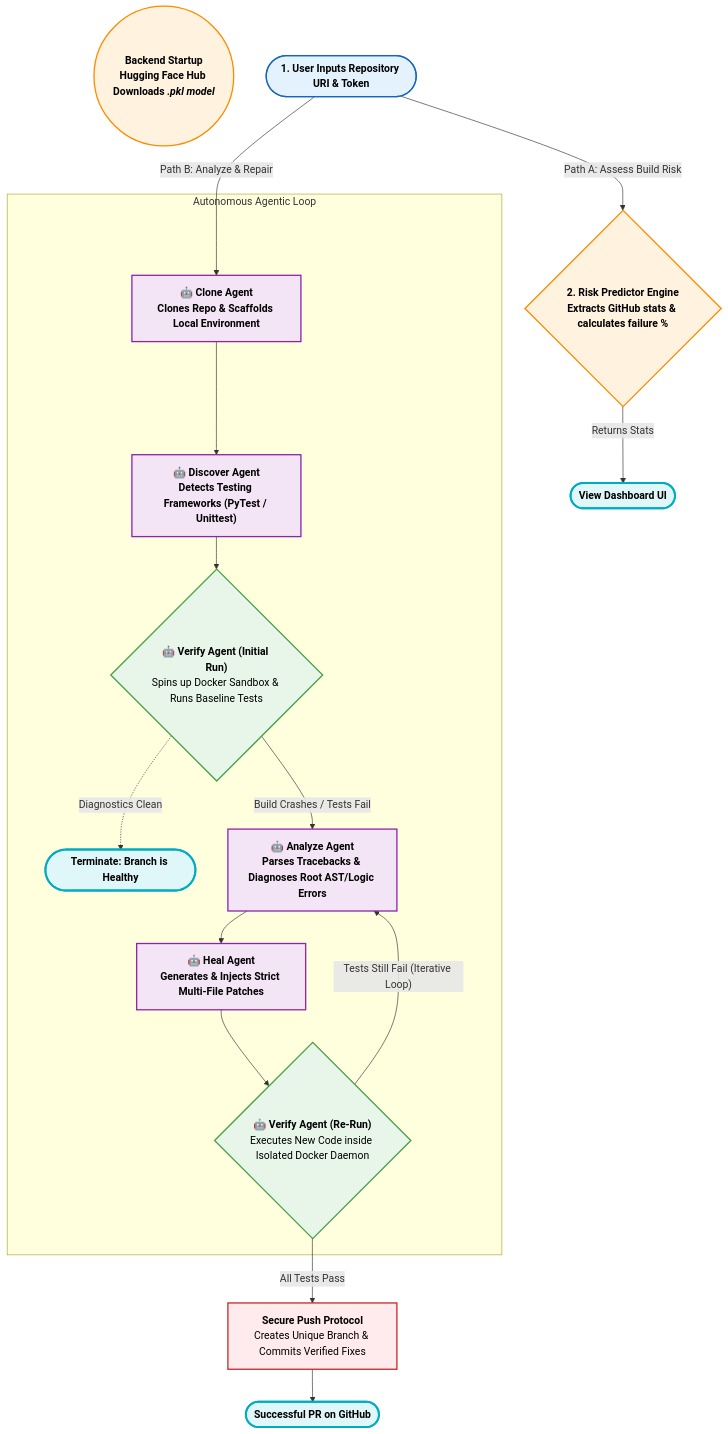
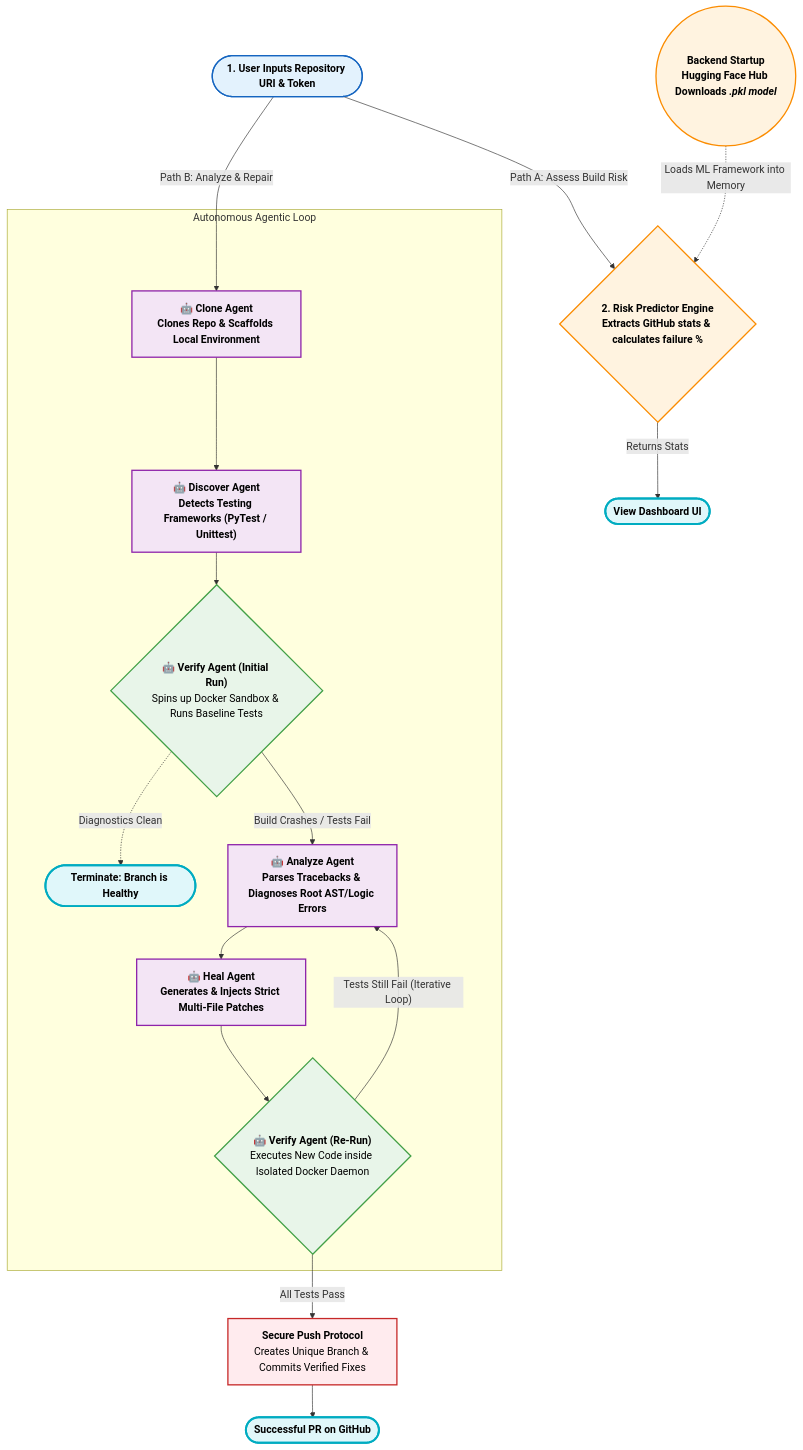
Before and after one commit to AshrafGalaxy/Machine_Learning: the diagram in README.md, drawn with Mermaid.

Commit message:
docs: structurally link the floating startup node in the architecture diagram

````diff
--- a/README.md
+++ b/README.md
@@ -94,42 +94,44 @@
 ```mermaid
 graph TD
     classDef user fill:#E3F2FD,stroke:#1565C0,stroke-width:2px,color:black,font-weight:bold
     classDef model fill:#FFF3E0,stroke:#FB8C00,stroke-width:2px,color:black,font-weight:bold
     classDef agent fill:#F3E5F5,stroke:#8E24AA,stroke-width:2px,color:black,font-weight:bold
     classDef sandbox fill:#E8F5E9,stroke:#43A047,stroke-width:2px,color:black
     classDef git fill:#FFEBEE,stroke:#C62828,stroke-width:2px,color:black
     classDef success fill:#E0F7FA,stroke:#00ACC1,stroke-width:3px,color:black,font-weight:bold
 
     %% Server Boot Sequence
     BOOT(("<b>Backend Startup</b><br/>Hugging Face Hub Downloads <i>.pkl model</i>")):::model
     
     Sub([1. User Inputs Repository URI & Token]):::user
 
     Sub --> |"Path A: Assess Build Risk"| ML
     Sub --> |"Path B: Analyze & Repair"| CA
+    
+    BOOT -.-> |"Loads ML Framework into Memory"| ML
     
     ML{"<b>2. Risk Predictor Engine</b><br/>Extracts GitHub stats & calculates failure %"}:::model
     ML --> |"Returns Stats"| UI(["View Dashboard UI"]):::success
     
     subgraph Autonomous Agentic Loop
         CA["<b>🤖 Clone Agent</b><br/>Clones Repo & Scaffolds Local Environment"]:::agent --> DA
         
         DA["<b>🤖 Discover Agent</b><br/>Detects Testing Frameworks (PyTest / Unittest)"]:::agent --> VA1
         
         VA1{"<b>🤖 Verify Agent (Initial Run)</b><br/>Spins up Docker Sandbox & Runs Baseline Tests"}:::sandbox
         
         VA1 -.-> |"Diagnostics Clean"| YAY(["Terminate: Branch is Healthy"]):::success
         VA1 --> |"Build Crashes / Tests Fail"| AA
         
         AA["<b>🤖 Analyze Agent</b><br/>Parses Tracebacks & Diagnoses Root AST/Logic Errors"]:::agent --> HA
         
         HA["<b>🤖 Heal Agent</b><br/>Generates & Injects Strict Multi-File Patches"]:::agent --> VA2
         
         VA2{"<b>🤖 Verify Agent (Re-Run)</b><br/>Executes New Code inside Isolated Docker Daemon"}:::sandbox
         
         VA2 --> |"Tests Still Fail (Iterative Loop)"| AA
     end
     
     VA2 --> |"All Tests Pass"| PUSH
     PUSH["<b>Secure Push Protocol</b><br/>Creates Unique Branch & Commits Verified Fixes"]:::git --> WIN(["Successful PR on GitHub"]):::success
 ```
````
